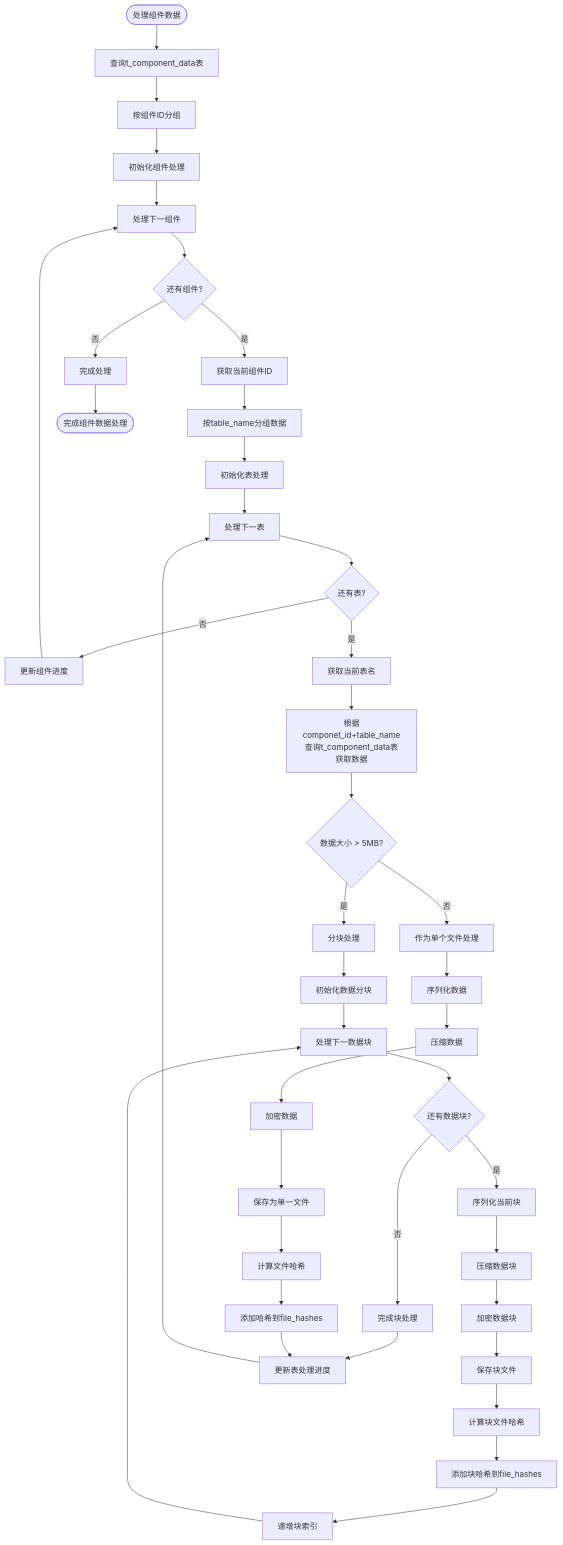
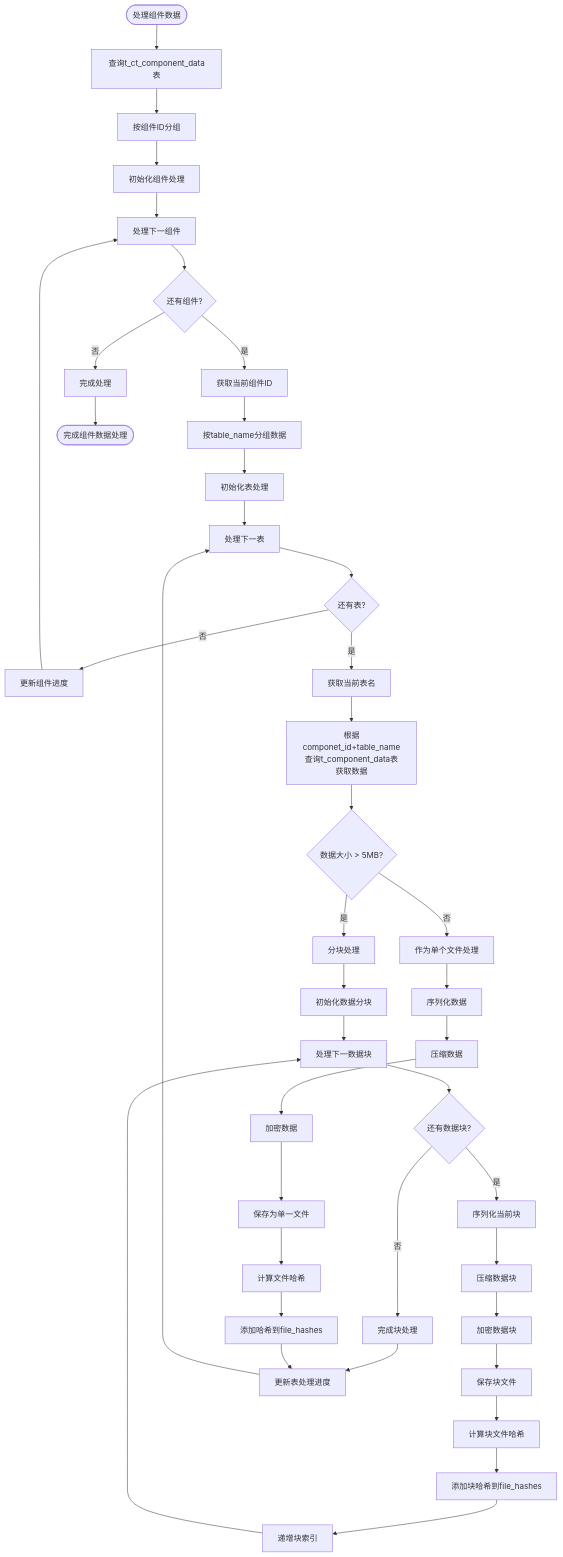
Before and after one commit to yingjianzh/iodraw-files: the diagram in all/未命名-56.md, drawn with Mermaid.

Commit message:
2025-05-12 14:20:22 update

````diff
--- a/all/未命名-56.md
+++ b/all/未命名-56.md
@@ -1,57 +1,57 @@
 ```mermaid
 
 flowchart TD
-    Start([处理组件数据]) --> QueryDB[查询t_component_data表]
+    Start([处理组件数据]) --> QueryDB[查询t_ct_component_data表]
     QueryDB --> GroupByComp[按组件ID分组]
     GroupByComp --> InitCompProcess[初始化组件处理]
     
     InitCompProcess --> ProcessNextComp[处理下一组件]
     ProcessNextComp --> MoreComps{还有组件?}
     MoreComps -->|否| CompleteProcess[完成处理]
     MoreComps -->|是| GetCompID[获取当前组件ID]
     
     GetCompID --> GroupByTable[按table_name分组数据]
     GroupByTable --> InitTableProcess[初始化表处理]
     
     InitTableProcess --> ProcessNextTable[处理下一表]
     ProcessNextTable --> MoreTables{还有表?}
     MoreTables -->|否| UpdateCompProgress[更新组件进度]
     MoreTables -->|是| GetTableName[获取当前表名]
     
     UpdateCompProgress --> ProcessNextComp
     
     GetTableName --> QueryTableData[根据componet_id+table_name查询t_component_data表获取数据]
     QueryTableData --> DataSize{数据大小 > 5MB?}
     
     DataSize -->|否| ProcessSingleFile[作为单个文件处理]
     DataSize -->|是| ProcessMultipleChunks[分块处理]
     
     ProcessSingleFile --> SerializeData[序列化数据]
     SerializeData --> CompressData[压缩数据]
     CompressData --> EncryptData[加密数据]
     EncryptData --> SaveSingleFile[保存为单一文件]
     SaveSingleFile --> CalcFileHash[计算文件哈希]
     CalcFileHash --> AddToFileHashes[添加哈希到file_hashes]
 
     ProcessMultipleChunks --> InitChunks[初始化数据分块]
     InitChunks --> ProcessNextChunk[处理下一数据块]
     
     ProcessNextChunk --> MoreChunks{还有数据块?}
     MoreChunks -->|否| CompleteChunks[完成块处理]
     MoreChunks -->|是| SerializeChunk[序列化当前块]
     
     SerializeChunk --> CompressChunk[压缩数据块]
     CompressChunk --> EncryptChunk[加密数据块]
     EncryptChunk --> SaveChunkFile[保存块文件]
     SaveChunkFile --> CalcChunkHash[计算块文件哈希]
     CalcChunkHash --> AddChunkHash[添加块哈希到file_hashes]
     AddChunkHash --> IncrementChunkIndex[递增块索引]
     IncrementChunkIndex --> ProcessNextChunk
     
     CompleteChunks --> UpdateTableProgress[更新表处理进度]
     AddToFileHashes --> UpdateTableProgress
     UpdateTableProgress --> ProcessNextTable
     
     CompleteProcess --> End([完成组件数据处理])
 
 ```
````
